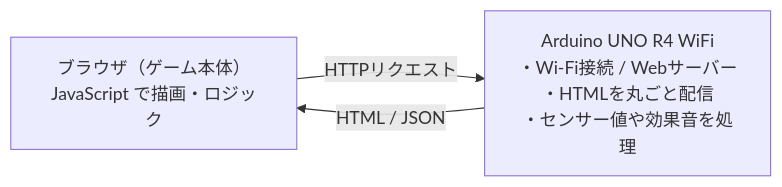
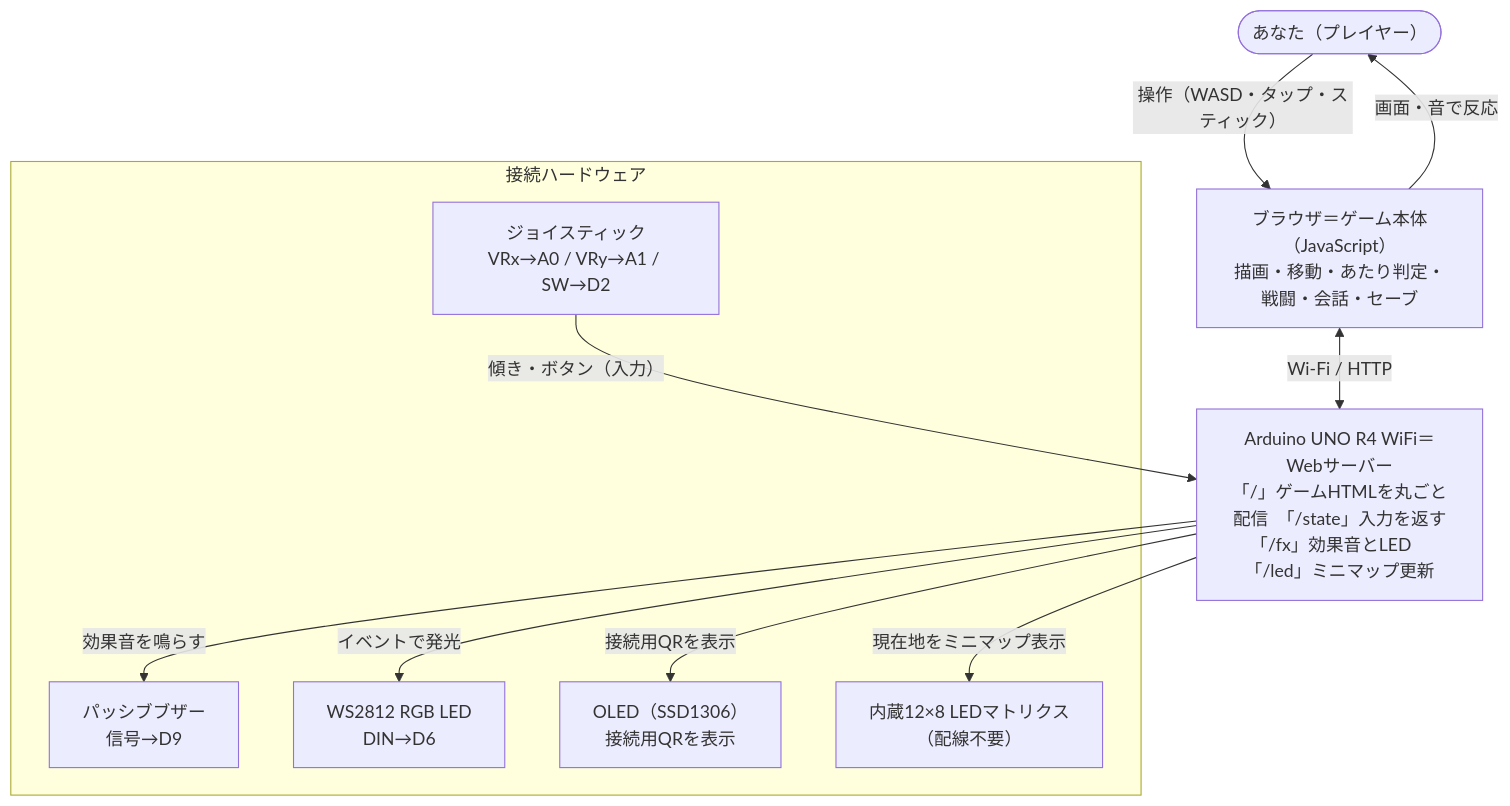
One commit to poteto858/Graduation-work changed the diagram in README.md. Above: the diagram before and after it, drawn with Mermaid. The commit also changed other lines of this file, not shown here.

Commit message:
ルートREADMEのフローチャートをハードウェア込みの詳細版に強化

````diff
--- a/README.md
+++ b/README.md
@@ -69,7 +69,21 @@
 ```mermaid
-flowchart LR
-    B["ブラウザ（ゲーム本体）<br/>JavaScript で描画・ロジック"]
-    A["Arduino UNO R4 WiFi<br/>・Wi-Fi接続 / Webサーバー<br/>・HTMLを丸ごと配信<br/>・センサー値や効果音を処理"]
-    B -->|"HTTPリクエスト"| A
-    A -->|"HTML / JSON"| B
+flowchart TB
+    P(["あなた（プレイヤー）"])
+    B["ブラウザ＝ゲーム本体（JavaScript）<br/>描画・移動・あたり判定・戦闘・会話・セーブ"]
+    A["Arduino UNO R4 WiFi＝Webサーバー<br/>「/」ゲームHTMLを丸ごと配信　「/state」入力を返す<br/>「/fx」効果音とLED　「/led」ミニマップ更新"]
+    subgraph HW["接続ハードウェア"]
+      JOY["ジョイスティック<br/>VRx→A0 / VRy→A1 / SW→D2"]
+      BUZ["パッシブブザー<br/>信号→D9"]
+      NEO["WS2812 RGB LED<br/>DIN→D6"]
+      OLED["OLED（SSD1306）<br/>接続用QRを表示"]
+      MTX["内蔵12×8 LEDマトリクス<br/>（配線不要）"]
+    end
+    P -->|"操作（WASD・タップ・スティック）"| B
+    B -->|"画面・音で反応"| P
+    B <-->|"Wi-Fi / HTTP"| A
+    JOY -->|"傾き・ボタン（入力）"| A
+    A -->|"効果音を鳴らす"| BUZ
+    A -->|"イベントで発光"| NEO
+    A -->|"接続用QRを表示"| OLED
+    A -->|"現在地をミニマップ表示"| MTX
 ```
````
